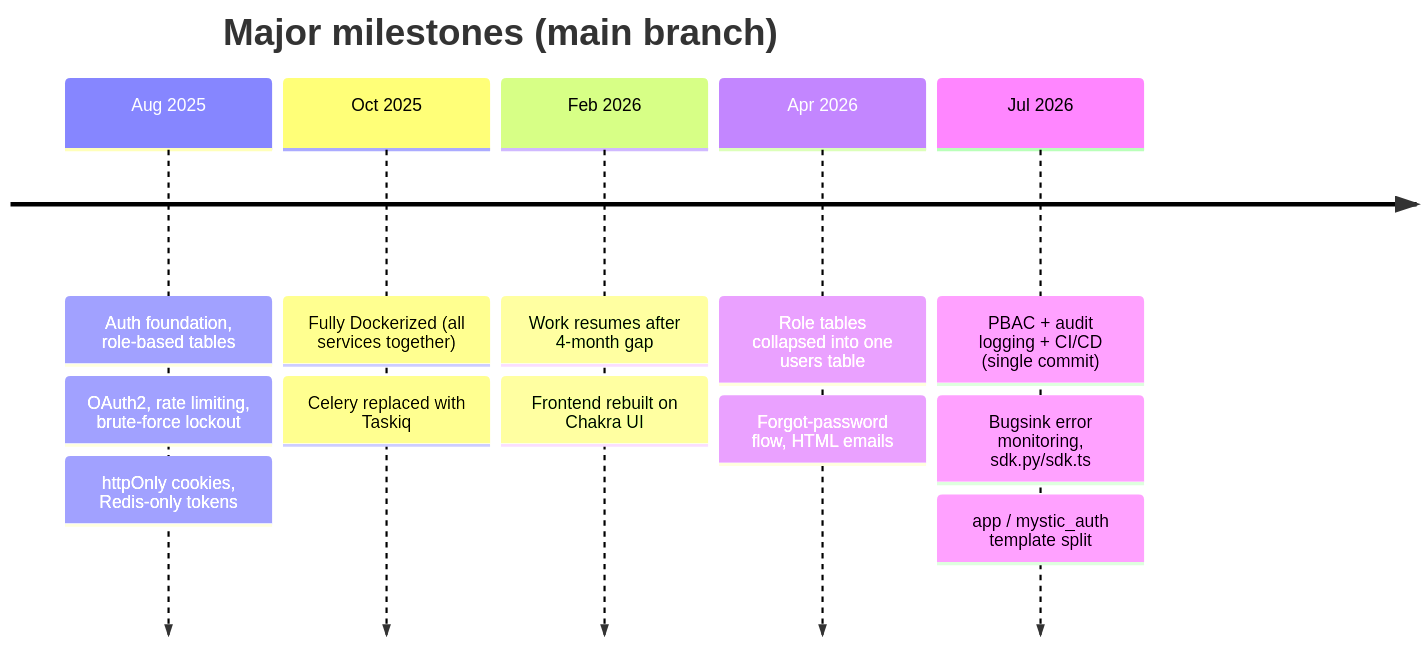
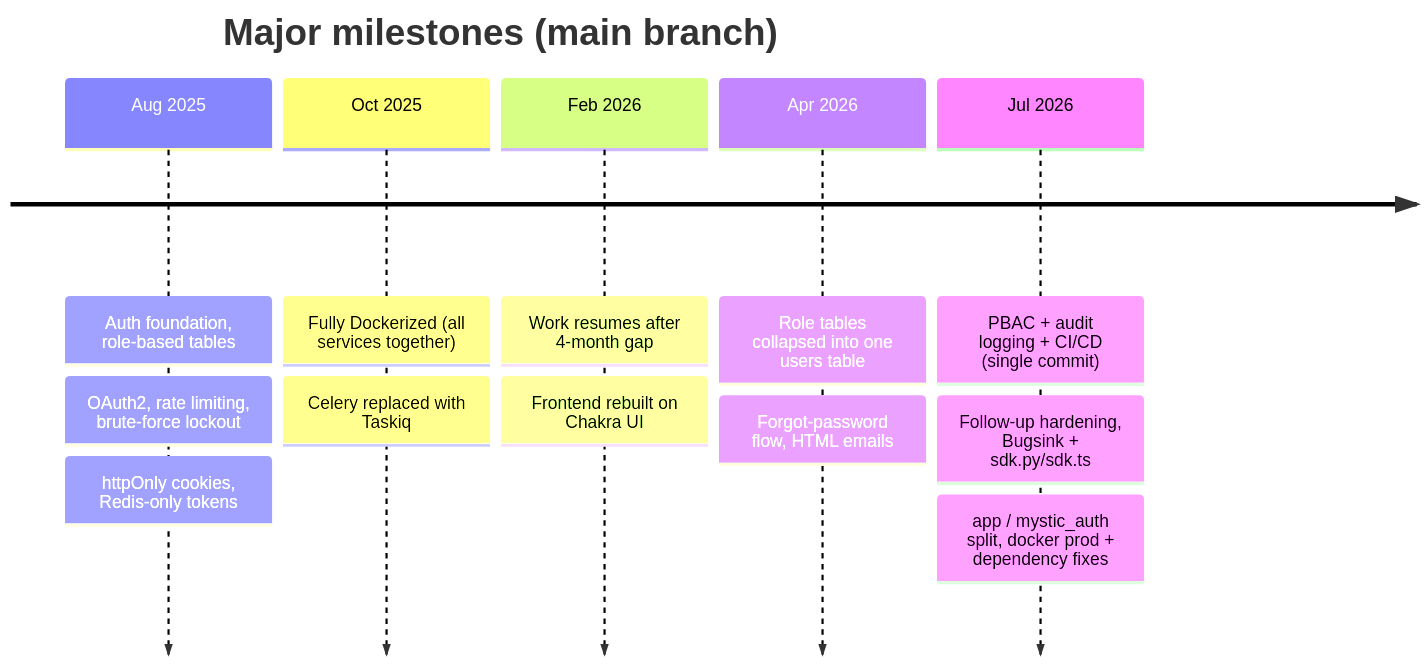
Before and after one commit to Nachiket-2024/manifest-cv: the first of 2 diagrams in docs/mystic_auth/project-story/README.md, drawn with Mermaid. The commit also changed other lines of this file and 89 other files, not shown here.

Commit message:
Synced mystic-auth, fixed SDK boundaries, preview loading, updated docs

````diff
--- a/docs/mystic_auth/project-story/README.md
+++ b/docs/mystic_auth/project-story/README.md
@@ -37,16 +37,16 @@
 ```mermaid
 timeline
     title Major milestones (main branch)
     Aug 2025 : Auth foundation, role-based tables
              : OAuth2, rate limiting, brute-force lockout
              : httpOnly cookies, Redis-only tokens
     Oct 2025 : Fully Dockerized (all services together)
              : Celery replaced with Taskiq
     Feb 2026 : Work resumes after 4-month gap
              : Frontend rebuilt on Chakra UI
     Apr 2026 : Role tables collapsed into one users table
              : Forgot-password flow, HTML emails
     Jul 2026 : PBAC + audit logging + CI/CD (single commit)
-             : Bugsink error monitoring, sdk.py/sdk.ts
-             : app / mystic_auth template split
+             : Follow-up hardening, Bugsink + sdk.py/sdk.ts
+             : app / mystic_auth split, docker prod + dependency fixes
 ```
````
